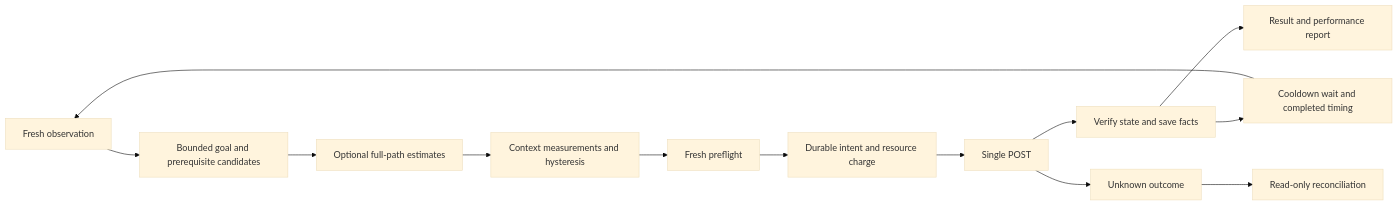
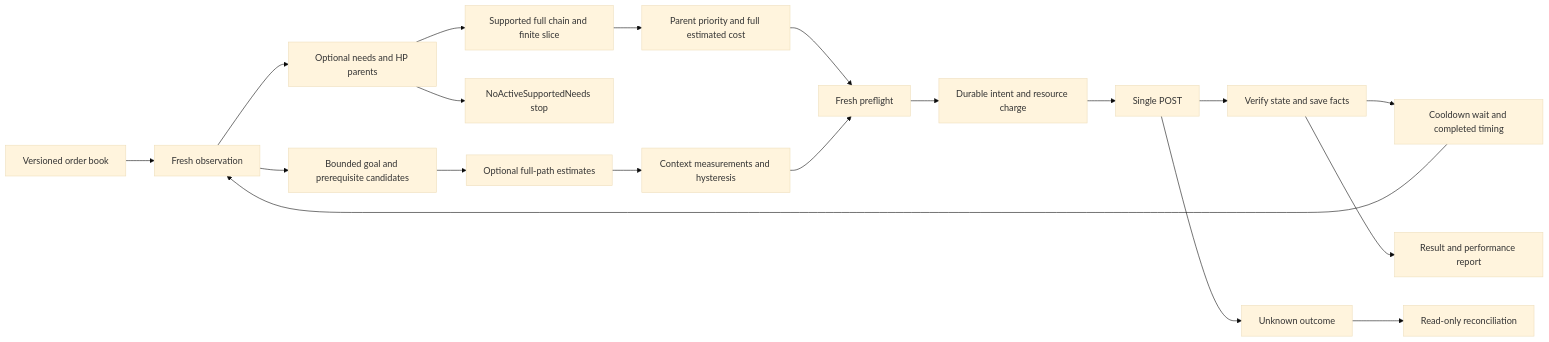
Before and after one commit to Gl-lab/Artiact: the third of 3 diagrams in docs/architecture.md, drawn with Mermaid (base theme). The commit also changed other lines of this file and 46 other files, not shown here.

Commit message:
feat(needs): execute bounded persistent order and HP chains (R25)

````diff
--- a/docs/architecture.md
+++ b/docs/architecture.md
@@ -158,15 +158,21 @@
 ```mermaid
 flowchart LR
     Observe[Fresh observation] --> Strategies[Bounded goal and prerequisite candidates]
+    Orders[Versioned order book] --> Observe
+    Observe --> Needs[Optional needs and HP parents]
+    Needs --> Chain[Supported full chain and finite slice]
+    Chain --> Priority[Parent priority and full estimated cost]
+    Priority --> Preflight
+    Needs --> NoNeeds[NoActiveSupportedNeeds stop]
     Strategies --> Paths[Optional full-path estimates]
     Paths --> Select[Context measurements and hysteresis]
     Select --> Preflight[Fresh preflight]
     Preflight --> Intent[Durable intent and resource charge]
     Intent --> Post[Single POST]
     Post --> Verify[Verify state and save facts]
     Verify --> Wait[Cooldown wait and completed timing]
     Wait --> Observe
     Post --> Unknown[Unknown outcome]
     Unknown --> Reconcile[Read-only reconciliation]
     Verify --> Result[Result and performance report]
 ```
````
